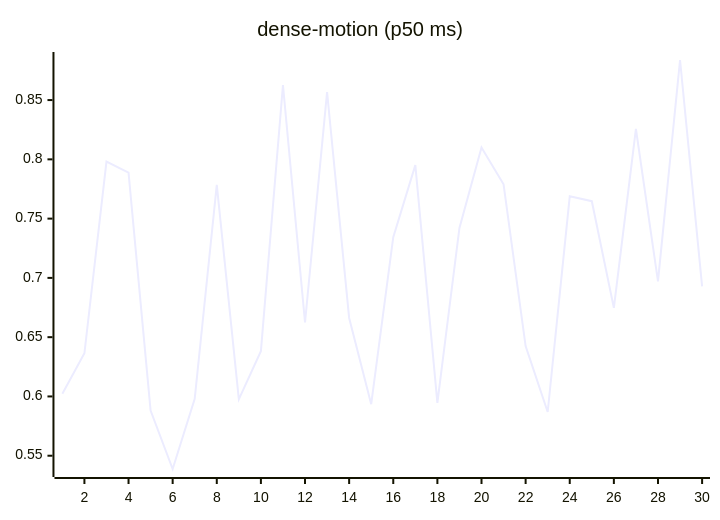
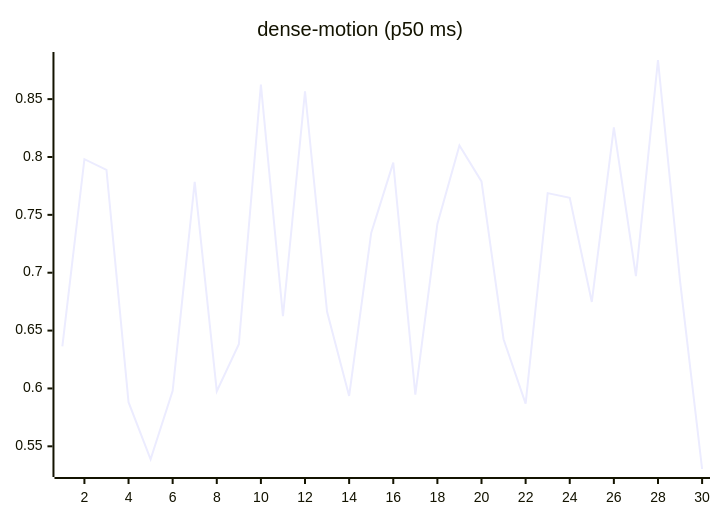
The ninth of 27 diagrams in README.md (josha/Facet), drawn with Mermaid before and after one commit. The commit also changed other lines of this file and 2 other files, not shown here.

````diff
--- a/README.md
+++ b/README.md
@@ -119,6 +119,6 @@
 ```mermaid
 xychart-beta
     title "dense-motion (p50 ms)"
     x-axis 1 --> 30
-    line [0.6023, 0.6364, 0.7981, 0.7888, 0.5881, 0.5388, 0.5980, 0.7785, 0.5976, 0.6382, 0.8626, 0.6624, 0.8567, 0.6662, 0.5935, 0.7344, 0.7951, 0.5946, 0.7422, 0.8099, 0.7789, 0.6425, 0.5869, 0.7688, 0.7647, 0.6747, 0.8256, 0.6971, 0.8838, 0.6929]
+    line [0.6364, 0.7981, 0.7888, 0.5881, 0.5388, 0.5980, 0.7785, 0.5976, 0.6382, 0.8626, 0.6624, 0.8567, 0.6662, 0.5935, 0.7344, 0.7951, 0.5946, 0.7422, 0.8099, 0.7789, 0.6425, 0.5869, 0.7688, 0.7647, 0.6747, 0.8256, 0.6971, 0.8838, 0.6929, 0.5304]
 ```
````
